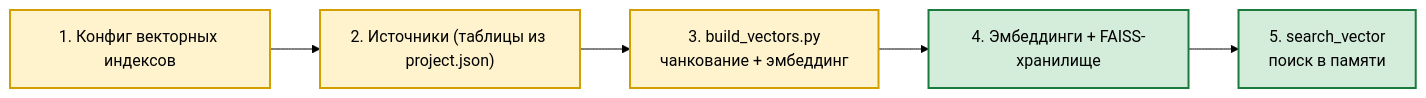
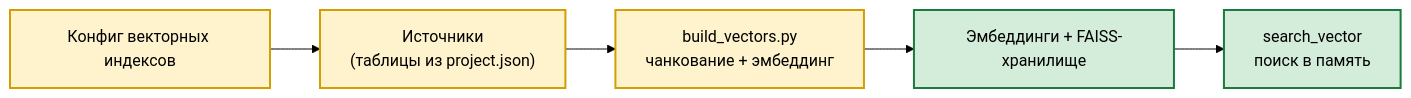
The diagram in docs/VECTOR_INDEXES.md (AlexEgorov85/workspaces_nanobot), drawn with Mermaid (forest theme) before and after one commit.

Commit message:
docs(diagrams): понятийные подписи векторного пайплайна

````diff
--- a/docs/VECTOR_INDEXES.md
+++ b/docs/VECTOR_INDEXES.md
@@ -22,11 +22,11 @@
 ```mermaid
 flowchart LR
-    CFG["1. Конфиг векторных индексов"] --> SRC["2. Источники (таблицы из project.json)"]
-    SRC --> BL["3. build_vectors.py<br/>чанкование + эмбеддинг"]
-    BL --> ST["4. Эмбеддинги + FAISS-хранилище"]
-    ST --> SE["5. search_vector<br/>поиск в памяти"]
+    CFG["Конфиг векторных индексов"] --> SRC["Источники<br/>(таблицы из project.json)"]
+    SRC --> BL["build_vectors.py<br/>чанкование + эмбеддинг"]
+    BL --> ST["Эмбеддинги + FAISS-хранилище"]
+    ST --> SE["search_vector<br/>поиск в память"]
     classDef core fill:#fff3cd,stroke:#d39e00,stroke-width:2px
     classDef infra fill:#d4edda,stroke:#1b7a3d,stroke-width:2px
     class CFG,SRC,BL core
     class ST,SE infra
 ```
````
